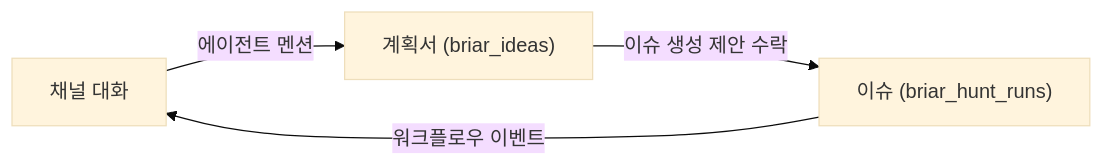
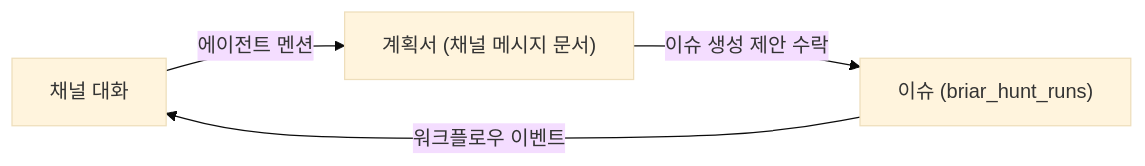
The diagram in docs/plans/organization-chat-channels.md (wordbricks/briar), drawn with Mermaid (base theme) before and after one commit. The commit also changed other lines of this file and 45 other files, not shown here.

````diff
--- a/docs/plans/organization-chat-channels.md
+++ b/docs/plans/organization-chat-channels.md
@@ -46,6 +46,6 @@
 ```mermaid
 flowchart LR
-  A["채널 대화"] -->|"에이전트 멘션"| B["계획서 (briar_ideas)"]
+  A["채널 대화"] -->|"에이전트 멘션"| B["계획서 (채널 메시지 문서)"]
   B -->|"이슈 생성 제안 수락"| C["이슈 (briar_hunt_runs)"]
   C -->|"워크플로우 이벤트"| A
 ```
````
